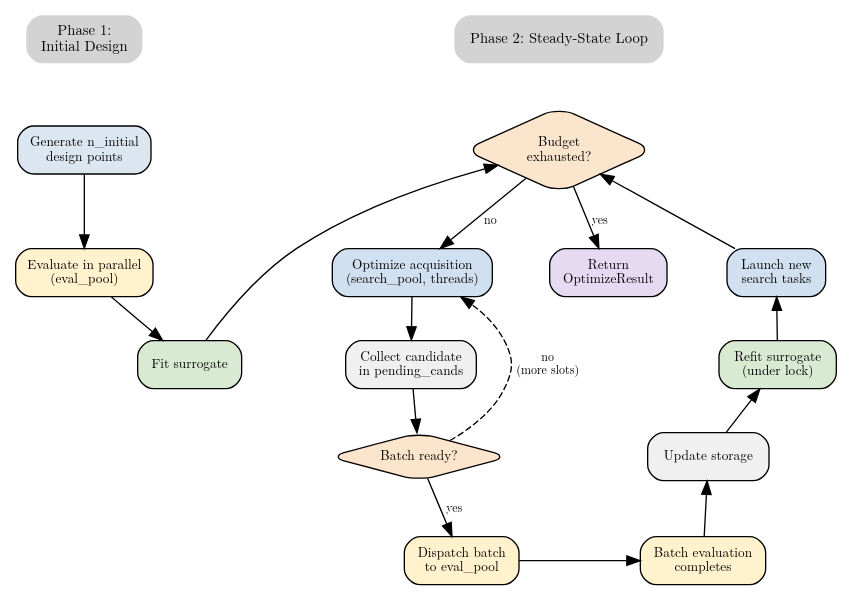
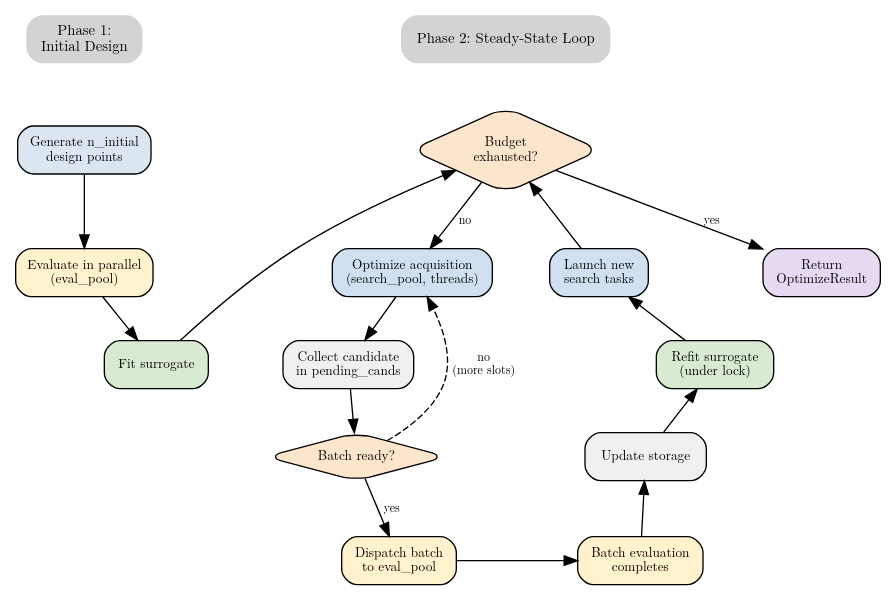
One commit to sequential-parameter-optimization/spotoptim changed the diagram in bart26g/steady-state.dot. Above: the diagram before and after it, drawn with Graphviz. The commit also changed 7 other files, not shown here.

```diff
--- a/bart26g/steady-state.dot
+++ b/bart26g/steady-state.dot
@@ -1,67 +1,70 @@
 digraph steady_state {
     rankdir=TB;
     fontname="Latin Modern Roman";
     node [fontname="Latin Modern Roman", fontsize=10, shape=box, style="rounded,filled", margin="0.12,0.07"];
     edge [fontname="Latin Modern Roman", fontsize=9];
     graph [fontsize=10, nodesep=0.6, ranksep=0.45];
 
     // Phase labels as plain nodes
     p1_label [label="Phase 1:\nInitial Design", shape=plaintext, fontsize=11, fontname="Latin Modern Roman"];
     p2_label [label="Phase 2: Steady-State Loop", shape=plaintext, fontsize=11, fontname="Latin Modern Roman"];
 
     // Phase 1 nodes
     init [label="Generate n_initial\ndesign points", fillcolor="#dce6f1"];
     eval_init [label="Evaluate in parallel\n(eval_pool)", fillcolor="#fff2cc"];
     fit_first [label="Fit surrogate", fillcolor="#d9ead3"];
 
     // Phase 2 nodes
     check [label="Budget\nexhausted?", shape=diamond, fillcolor="#fce5cd"];
     search [label="Optimize acquisition\n(search_pool, threads)", fillcolor="#d0e0f0"];
     fill [label="Launch new\nsearch tasks", fillcolor="#d0e0f0"];
     collect [label="Collect candidate\nin pending_cands", fillcolor="#f0f0f0"];
     refit [label="Refit surrogate\n(under lock)", fillcolor="#d9ead3"];
     batch_q [label="Batch ready?", shape=diamond, fillcolor="#fce5cd"];
     update [label="Update storage", fillcolor="#f0f0f0"];
     dispatch [label="Dispatch batch\nto eval_pool", fillcolor="#fff2cc"];
     eval_done [label="Batch evaluation\ncompletes", fillcolor="#fff2cc"];
 
     result [label="Return\nOptimizeResult", fillcolor="#e6d9f2"];
 
-    // Row assignments: Phase 1 left, Phase 2 right
+    // Row assignments: Phase 1 left, Phase 2 right, result far right
     {rank=same; p1_label; p2_label;}
     {rank=same; init; check;}
-    {rank=same; eval_init; search; fill;}
+    {rank=same; eval_init; search; fill; result;}
     {rank=same; fit_first; collect; refit;}
     {rank=same; batch_q; update;}
     {rank=same; dispatch; eval_done;}
 
     // Phase 1 flow (vertical, left)
     p1_label -> init [style=invis];
     init -> eval_init;
     eval_init -> fit_first;
 
     // Phase label to check
     p2_label -> check [style=invis];
 
     // Phase 1 -> Phase 2 (horizontal)
     fit_first -> check [label="  ", minlen=2];
 
     // Phase 2: search path (left column, down)
     check -> search [label=" no"];
     search -> collect;
     collect -> batch_q;
     batch_q -> search [label=" no\n (more slots)", style=dashed, constraint=false];
 
     // Phase 2: dispatch (bottom, left to right)
     batch_q -> dispatch [label=" yes"];
     dispatch -> eval_done;
 
     // Phase 2: eval return path (right column, up)
     eval_done -> update;
     update -> refit;
     refit -> fill;
     fill -> check;
 
-    // Exit
+    // Exit: from budget check to result (far right)
     check -> result [label=" yes"];
+
+    // Invisible edge to ensure result is to the right of fill
+    fill -> result [style=invis];
 }
```
